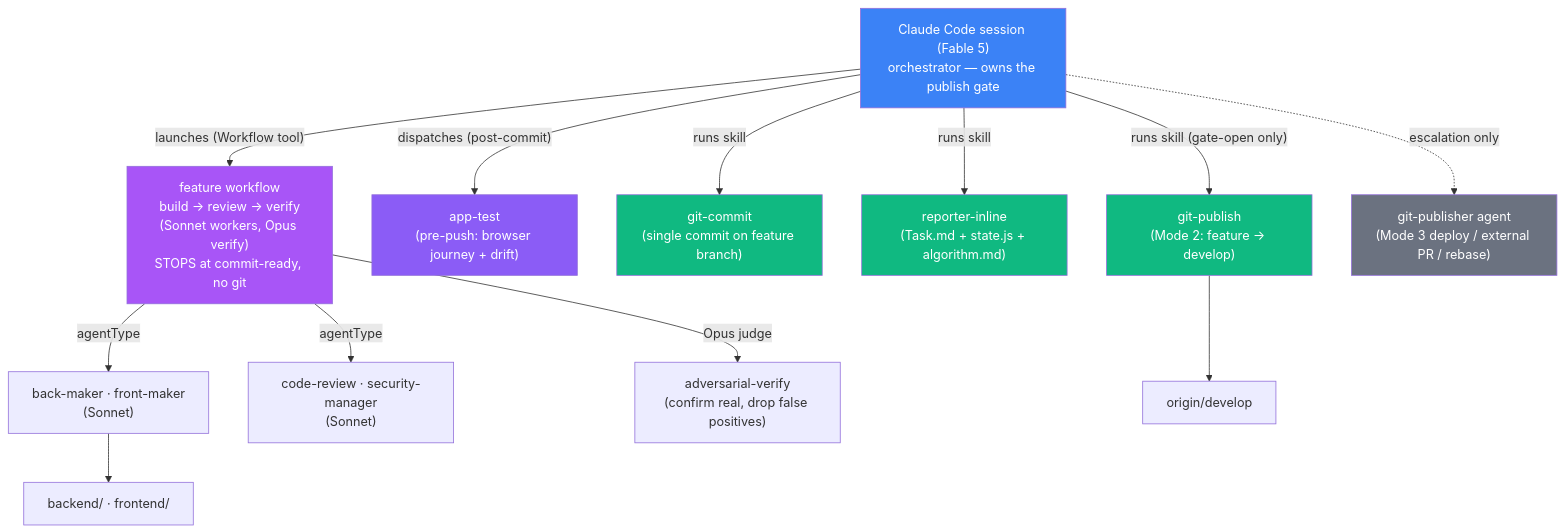
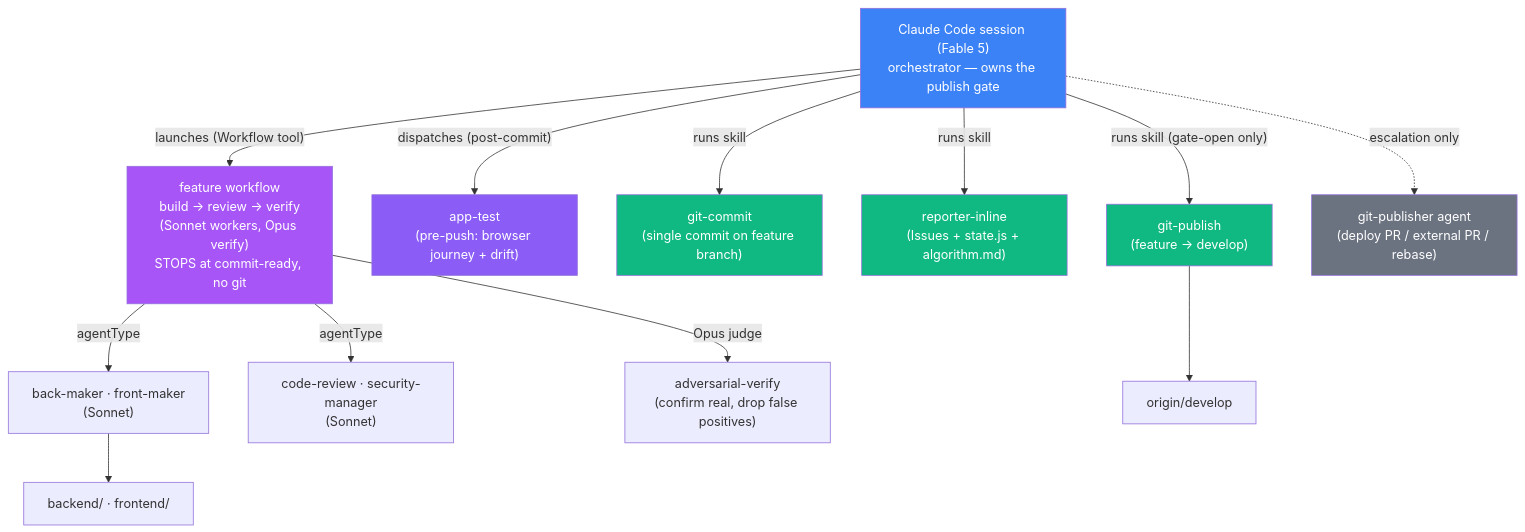
One commit to hongikarchi/archi-tinder changed the first of 2 diagrams in .claude/WORKFLOW.md. Above: the diagram before and after it, drawn with Mermaid. The commit also changed other lines of this file and 153 other files, not shown here.

````diff
--- a/.claude/WORKFLOW.md
+++ b/.claude/WORKFLOW.md
@@ -34,23 +36,23 @@
 ```mermaid
 flowchart TD
     Main["Claude Code session (Fable 5)<br/>orchestrator — owns the publish gate"]
     Main -->|"launches (Workflow tool)"| WF["feature workflow<br/>build → review → verify<br/>(Sonnet workers, Opus verify)<br/>STOPS at commit-ready, no git"]
     WF -->|"agentType"| Impl["back-maker · front-maker<br/>(Sonnet)"]
     WF -->|"agentType"| Rev["code-review · security-manager<br/>(Sonnet)"]
     WF -->|"Opus judge"| Ver["adversarial-verify<br/>(confirm real, drop false positives)"]
     Main -->|"dispatches (post-commit)"| Gate["app-test<br/>(pre-push: browser journey + drift)"]
     Main -->|runs skill| Cmt["git-commit<br/>(single commit on feature branch)"]
-    Main -->|runs skill| RIn["reporter-inline<br/>(Task.md + state.js + algorithm.md)"]
-    Main -->|"runs skill (gate-open only)"| Pub["git-publish<br/>(Mode 2: feature → develop)"]
-    Main -.->|escalation only| PubA["git-publisher agent<br/>(Mode 3 deploy / external PR / rebase)"]
+    Main -->|runs skill| RIn["reporter-inline<br/>(Issues + state.js + algorithm.md)"]
+    Main -->|"runs skill (gate-open only)"| Pub["git-publish<br/>(feature → develop)"]
+    Main -.->|escalation only| PubA["git-publisher agent<br/>(deploy PR / external PR / rebase)"]
     Impl --> Code["backend/ · frontend/"]
     Pub --> Remote["origin/develop"]
 
     style Main fill:#3b82f6,color:#fff
     style WF fill:#a855f7,color:#fff
     style Gate fill:#8b5cf6,color:#fff
     style Pub fill:#10b981,color:#fff
     style RIn fill:#10b981,color:#fff
     style Cmt fill:#10b981,color:#fff
     style PubA fill:#6b7280,color:#fff
 ```
````
